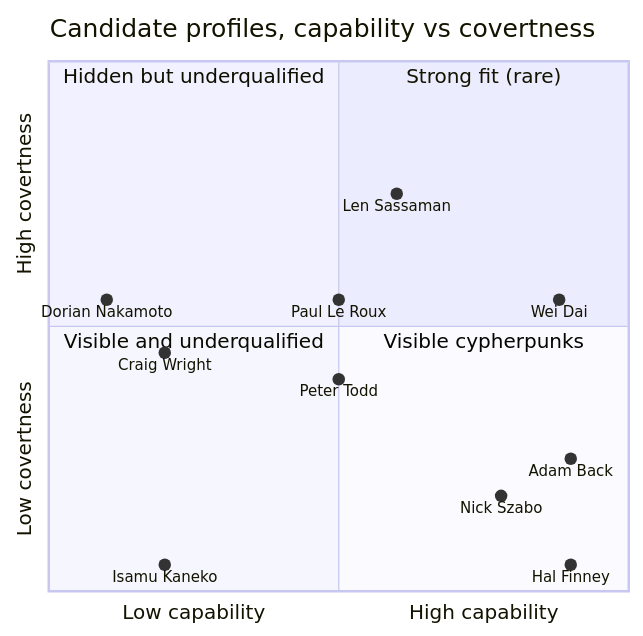
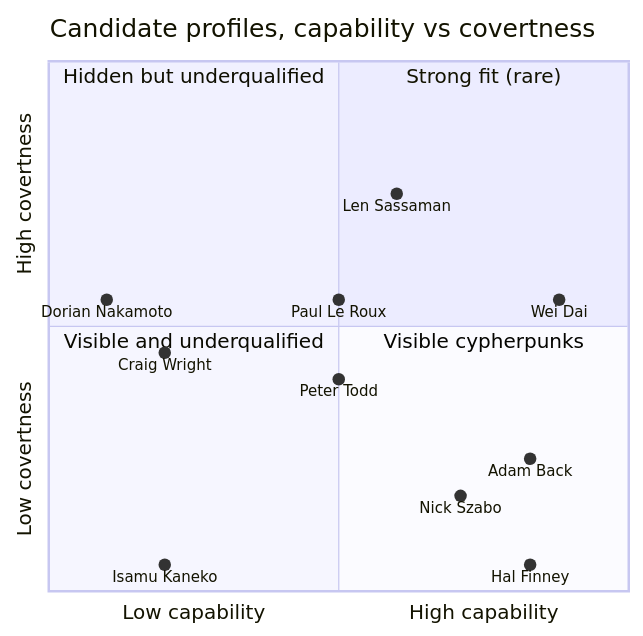
The diagram in src/data/entries/en/analysis/2008-10-31-satoshi-identity-hypotheses-overview.md (cypher256/BitcoinArchive), drawn with Mermaid before and after one commit. The commit also changed 1 other file, not shown here.

Commit message:
Quadrant chart: shift Adam Back / Hal Finney / Nick Szabo left to preserve relative spacing after Wei Dai pull-in
Commit 2cda80a9 pulled Wei Dai inward from x=0.95 to x=0.88 (-0.07) so
the long katakana label fits inside the chart frame. The other three
high-capability cypherpunk candidates were left at their original x:

  Adam Back, Hal Finney: x=0.9 (originally 0.05 LEFT of Wei Dai)
  Nick Szabo: x=0.78 (originally 0.15 LEFT of Wei Dai, after cb918a48 nudge)

After the Wei Dai shift these three ended up to the *right of* Wei Dai,
inverting the original ordering documented in commit 4c3c745c
(initial chart placement).

Restore the original relative spacing by shifting all three left by the
same -0.07 that was applied to Wei Dai:

  Adam Back: 0.9  -> 0.83
  Hal Finney: 0.9 -> 0.83
  Nick Szabo: 0.78 -> 0.71

Y coordinates unchanged. Original differences (Adam-vs-Hal vertical
separation, Szabo-vs-Adam labelclear nudge) are preserved.

Both en and ja updated.

````diff
--- a/src/data/entries/en/analysis/2008-10-31-satoshi-identity-hypotheses-overview.md
+++ b/src/data/entries/en/analysis/2008-10-31-satoshi-identity-hypotheses-overview.md
@@ -143,20 +143,20 @@
 ```mermaid
 quadrantChart
     title Candidate profiles, capability vs covertness
     x-axis "Low capability" --> "High capability"
     y-axis "Low covertness" --> "High covertness"
     quadrant-1 "Strong fit (rare)"
     quadrant-2 "Hidden but underqualified"
     quadrant-3 "Visible and underqualified"
     quadrant-4 "Visible cypherpunks"
     "Wei Dai": [0.88, 0.55]
-    "Adam Back": [0.9, 0.25]
-    "Hal Finney": [0.9, 0.05]
-    "Nick Szabo": [0.78, 0.18]
+    "Adam Back": [0.83, 0.25]
+    "Hal Finney": [0.83, 0.05]
+    "Nick Szabo": [0.71, 0.18]
     "Len Sassaman": [0.6, 0.75]
     "Paul Le Roux": [0.5, 0.55]
     "Peter Todd": [0.5, 0.4]
     "Craig Wright": [0.2, 0.45]
     "Dorian Nakamoto": [0.1, 0.55]
     "Isamu Kaneko": [0.2, 0.05]
 ```
````
